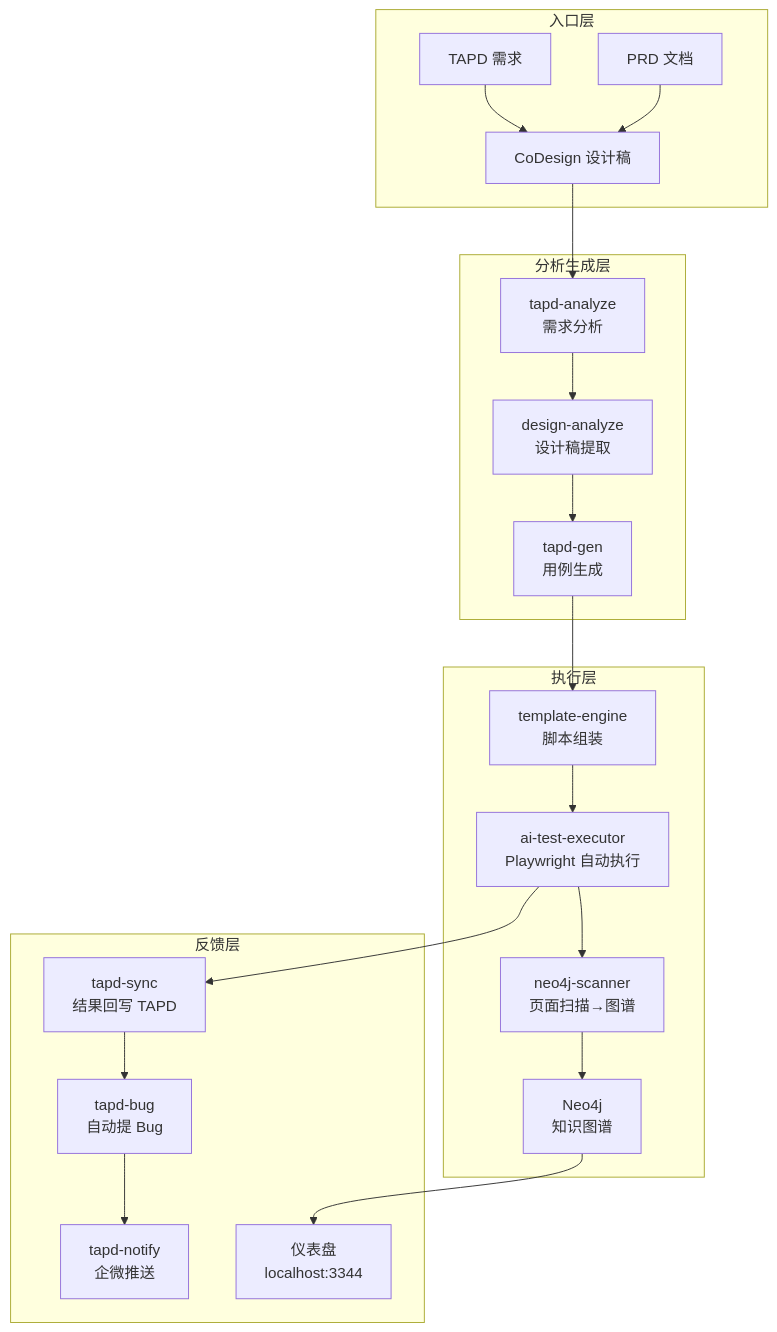
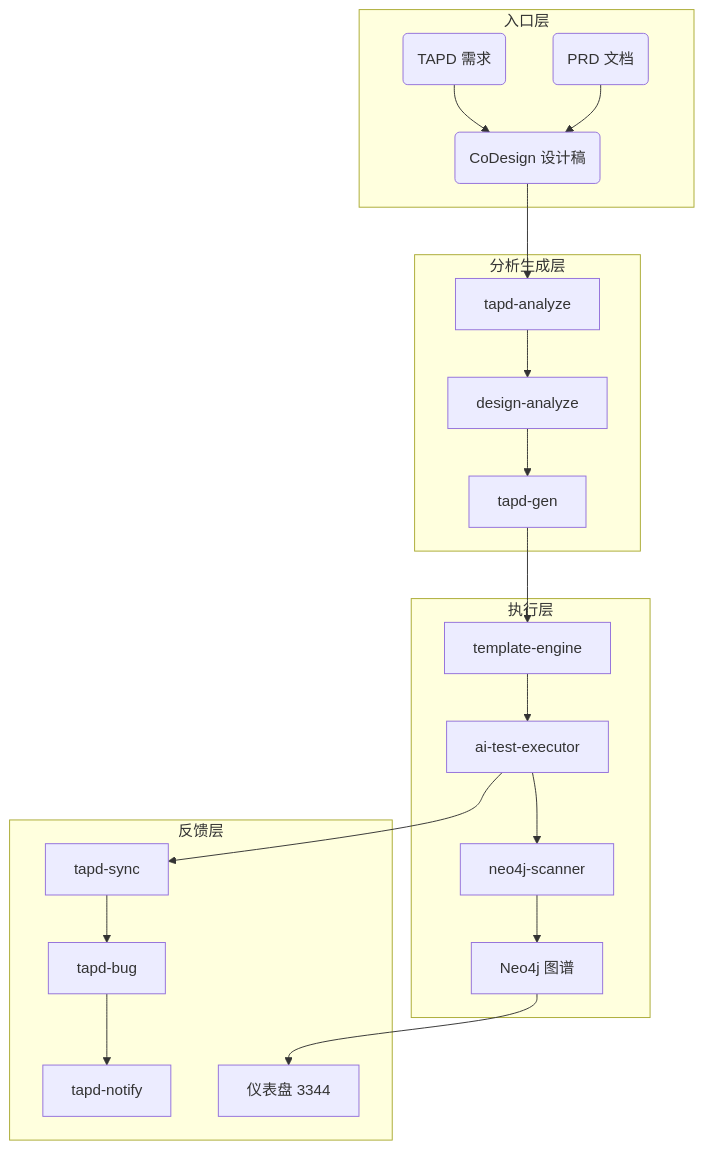
Before and after one commit to lxkkhan/ai-test-platform: the first of 3 diagrams in markdown/汇报-测试工具集.md, drawn with Mermaid. The commit also changed other lines of this file, not shown here.

Commit message:
fix: 简化 mermaid 语法，兼容 GitHub 渲染

````diff
--- a/markdown/汇报-测试工具集.md
+++ b/markdown/汇报-测试工具集.md
@@ -47,29 +47,32 @@
 ```mermaid
 graph TB
     subgraph 入口层
-        A1[TAPD 需求] --> A2[CoDesign 设计稿]
-        A3[PRD 文档] --> A2
+        A1(TAPD 需求)
+        A2(CoDesign 设计稿)
+        A3(PRD 文档)
+        A1 --> A2
+        A3 --> A2
     end
-    
+
     subgraph 分析生成层
-        B1[tapd-analyze<br>需求分析] --> B2[design-analyze<br>设计稿提取]
-        B2 --> B3[tapd-gen<br>用例生成]
+        B1[tapd-analyze] --> B2[design-analyze]
+        B2 --> B3[tapd-gen]
     end
-    
+
     subgraph 执行层
-        C1[template-engine<br>脚本组装] --> C2[ai-test-executor<br>Playwright 自动执行]
-        C2 --> C3[neo4j-scanner<br>页面扫描→图谱]
-        C3 --> C4[Neo4j<br>知识图谱]
+        C1[template-engine] --> C2[ai-test-executor]
+        C2 --> C3[neo4j-scanner]
+        C3 --> C4[Neo4j 图谱]
     end
-    
+
     subgraph 反馈层
-        D1[tapd-sync<br>结果回写 TAPD] --> D2[tapd-bug<br>自动提 Bug]
-        D2 --> D3[tapd-notify<br>企微推送]
-        D4[仪表盘<br>localhost:3344]
+        D1[tapd-sync] --> D2[tapd-bug]
+        D2 --> D3[tapd-notify]
+        D4[仪表盘 3344]
     end
-    
+
     A2 --> B1
     B3 --> C1
     C2 --> D1
     C4 --> D4
 ```
````
